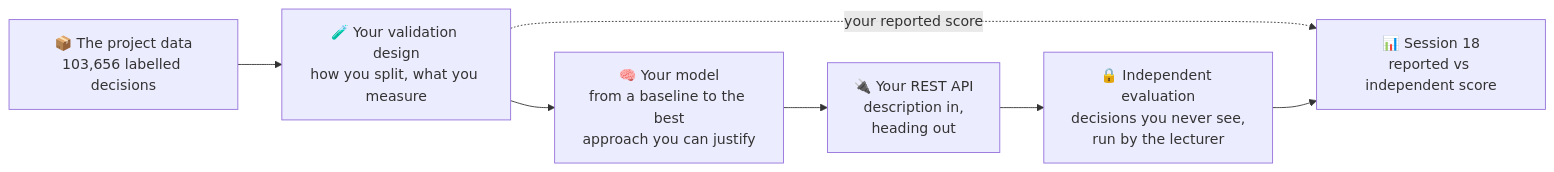
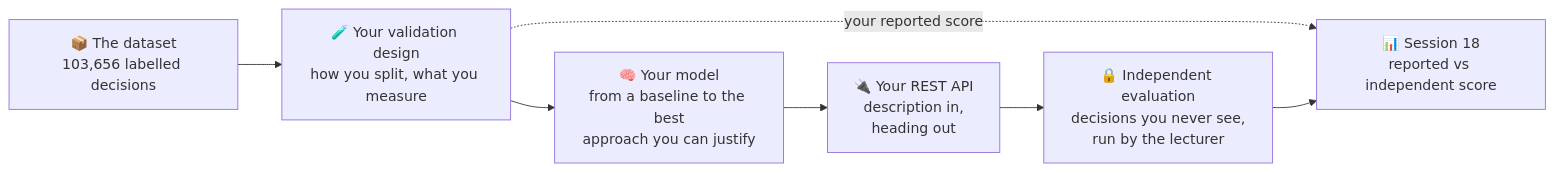
The first of 2 diagrams in sessions/17-18-final-presentations/final-project.md (khoadaniel/statistical-programming-mpmd-htw-ws-2026), drawn with Mermaid before and after one commit. The commit also changed other lines of this file and 15 other files, not shown here.

````diff
--- a/sessions/17-18-final-presentations/final-project.md
+++ b/sessions/17-18-final-presentations/final-project.md
@@ -7,9 +7,9 @@
 ```mermaid
 flowchart LR
-  A["📦 The project data<br/>103,656 labelled decisions"] --> B["🧪 Your validation design<br/>how you split, what you measure"]
+  A["📦 The dataset<br/>103,656 labelled decisions"] --> B["🧪 Your validation design<br/>how you split, what you measure"]
   B --> C["🧠 Your model<br/>from a baseline to the best<br/>approach you can justify"]
   C --> D["🔌 Your REST API<br/>description in,<br/>heading out"]
   D --> E["🔒 Independent evaluation<br/>decisions you never see,<br/>run by the lecturer"]
   B -. "your reported score" .-> F["📊 Session 18<br/>reported vs independent score"]
   E --> F
 ```
````
